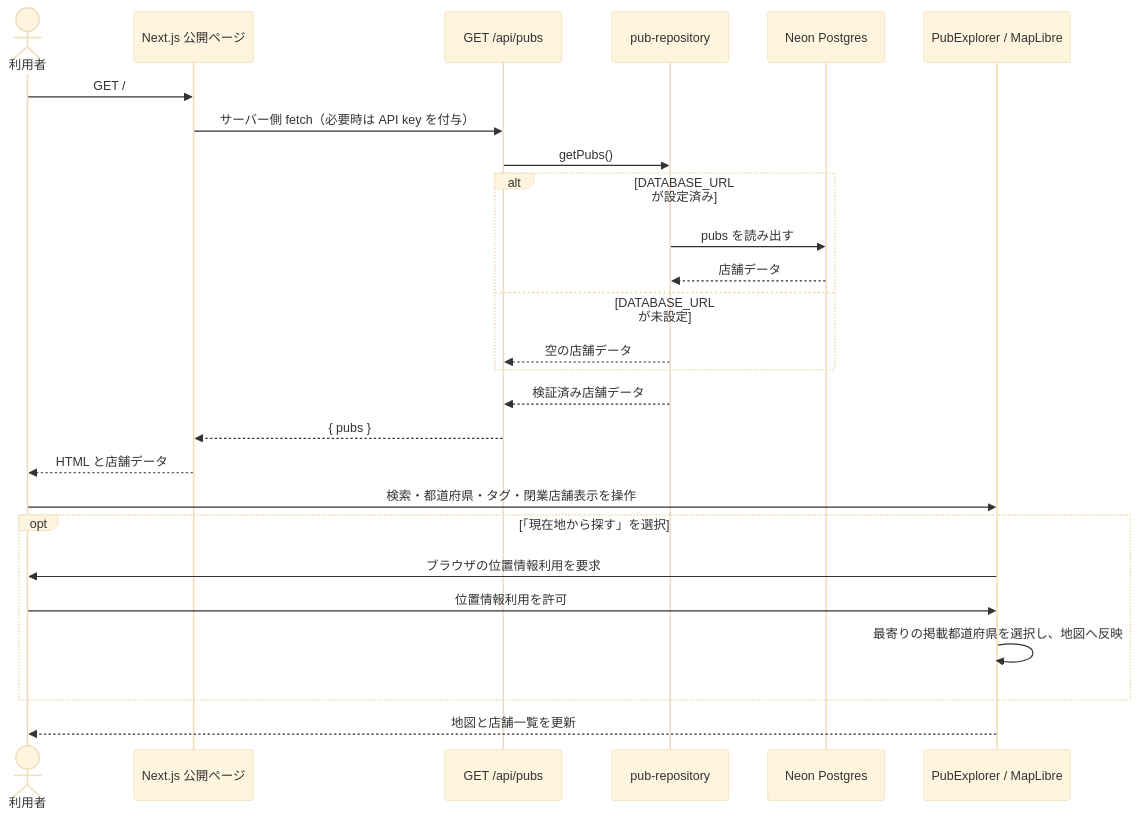
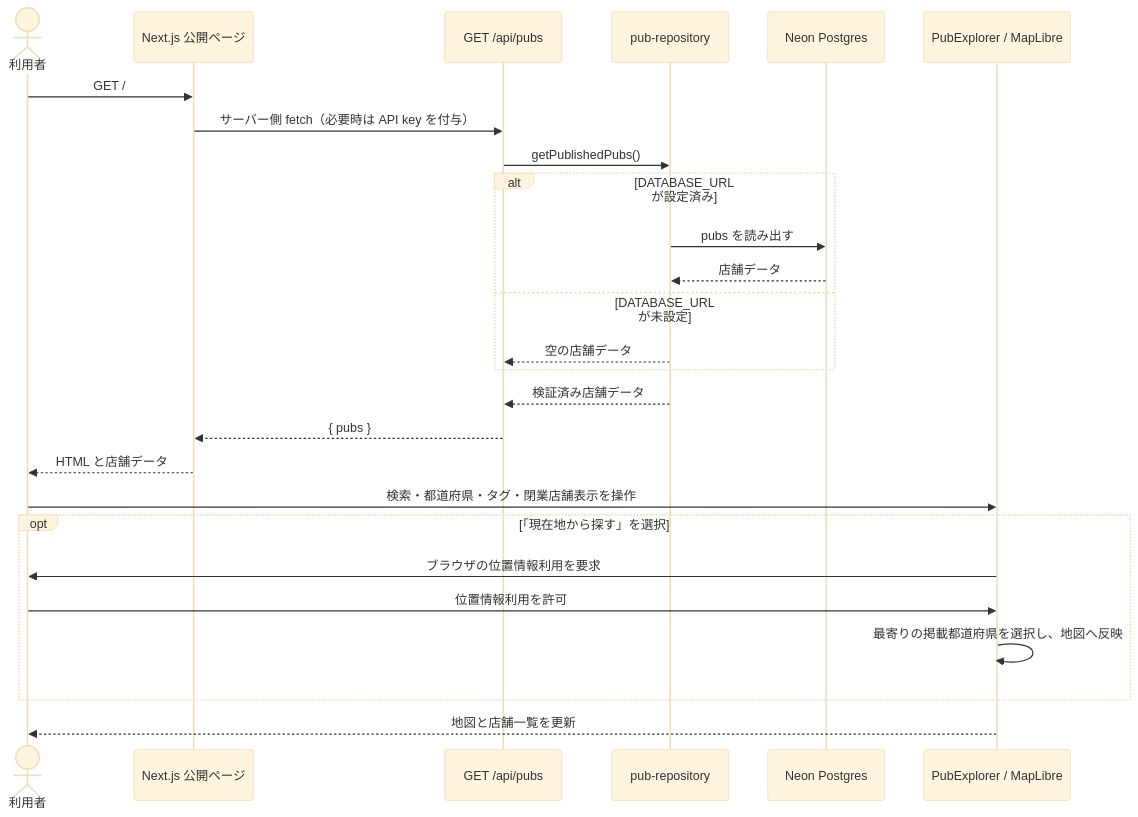
The first of 2 diagrams in docs/architecture/sequences.md (yusukefr/irishpub-map), drawn with Mermaid (base theme) before and after one commit. The commit also changed 20 other files, not shown here.

````diff
--- a/docs/architecture/sequences.md
+++ b/docs/architecture/sequences.md
@@ -5,29 +5,29 @@
 ```mermaid
 sequenceDiagram
   actor Visitor as 利用者
   participant Page as Next.js 公開ページ
   participant API as GET /api/pubs
   participant Repository as pub-repository
   participant Neon as Neon Postgres
   participant Explorer as PubExplorer / MapLibre
 
   Visitor->>Page: GET /
   Page->>API: サーバー側 fetch（必要時は API key を付与）
-  API->>Repository: getPubs()
+  API->>Repository: getPublishedPubs()
   alt DATABASE_URL が設定済み
     Repository->>Neon: pubs を読み出す
     Neon-->>Repository: 店舗データ
   else DATABASE_URL が未設定
     Repository-->>API: 空の店舗データ
   end
   Repository-->>API: 検証済み店舗データ
   API-->>Page: { pubs }
   Page-->>Visitor: HTML と店舗データ
   Visitor->>Explorer: 検索・都道府県・タグ・閉業店舗表示を操作
   opt 「現在地から探す」を選択
     Explorer->>Visitor: ブラウザの位置情報利用を要求
     Visitor->>Explorer: 位置情報利用を許可
     Explorer->>Explorer: 最寄りの掲載都道府県を選択し、地図へ反映
   end
   Explorer-->>Visitor: 地図と店舗一覧を更新
 ```
````
